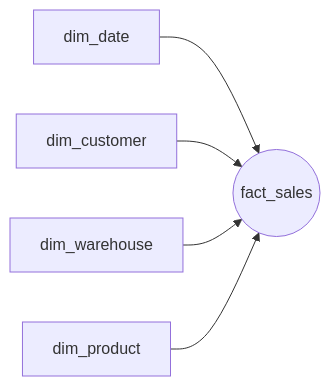
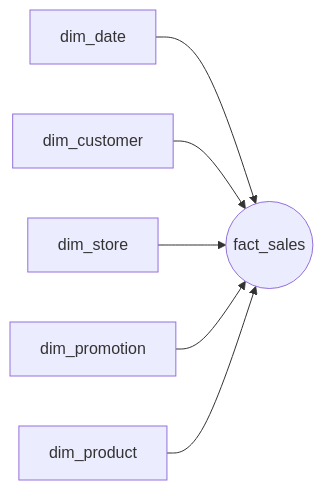
The second of 5 diagrams in vespera-analytics-platform/docs/02_architecture/04_physical_erd.md (jovync/analytics-portfolio), drawn with Mermaid before and after one commit. The commit also changed other lines of this file and 16 other files, not shown here.

````diff
--- a/vespera-analytics-platform/docs/02_architecture/04_physical_erd.md
+++ b/vespera-analytics-platform/docs/02_architecture/04_physical_erd.md
@@ -105,7 +104,8 @@
 ```mermaid
 flowchart LR
     Date[dim_date] --> Sales((fact_sales))
     Customer[dim_customer] --> Sales
-    Warehouse[dim_warehouse] --> Sales
+    Store[dim_store] --> Sales
+    Promotion[dim_promotion] --> Sales
     Product[dim_product] --> Sales
 ```
````
